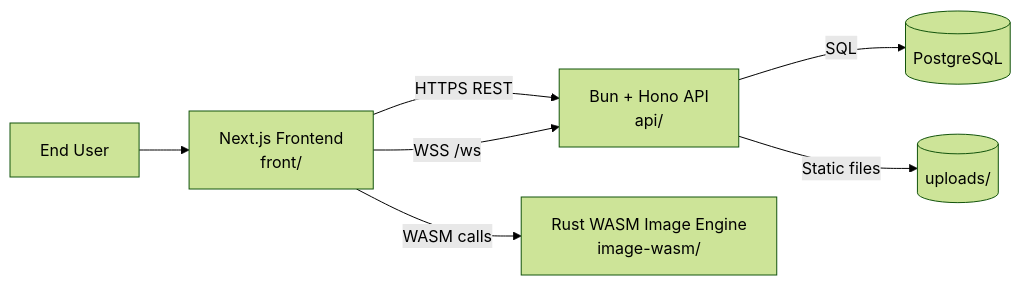
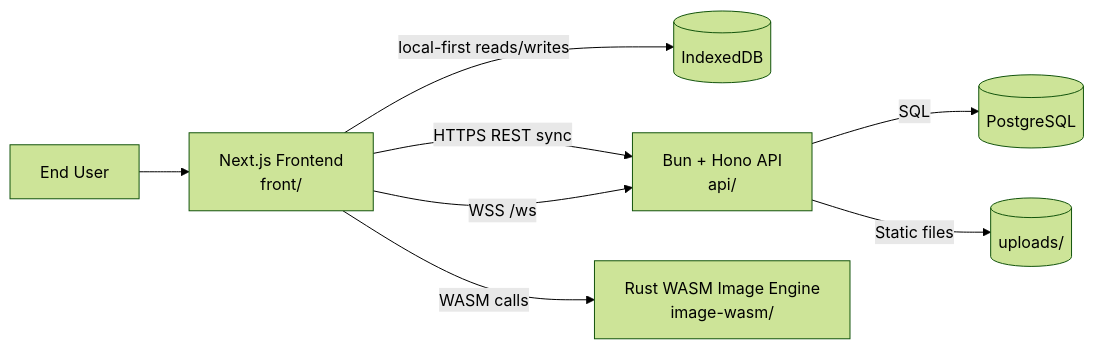
Before and after one commit to duongdk099/cluster-offline: the first of 10 diagrams in architecture.md, drawn with Mermaid (forest theme). The commit also changed other lines of this file and 22 other files, not shown here.

First line of the commit message:
feat: implement local-first note management with IndexedDB

````diff
--- a/architecture.md
+++ b/architecture.md
@@ -8,9 +8,10 @@
 ```mermaid
 flowchart LR
     User[End User] --> Frontend[Next.js Frontend\nfront/]
-    Frontend -->|HTTPS REST| API[Bun + Hono API\napi/]
+    Frontend -->|local-first reads/writes| IndexedDB[(IndexedDB)]
+    Frontend -->|HTTPS REST sync| API[Bun + Hono API\napi/]
     Frontend -->|WSS /ws| API
     API -->|SQL| Postgres[(PostgreSQL)]
     Frontend -->|WASM calls| Wasm[Rust WASM Image Engine\nimage-wasm/]
     API -->|Static files| Uploads[(uploads/)]
 ```
````
